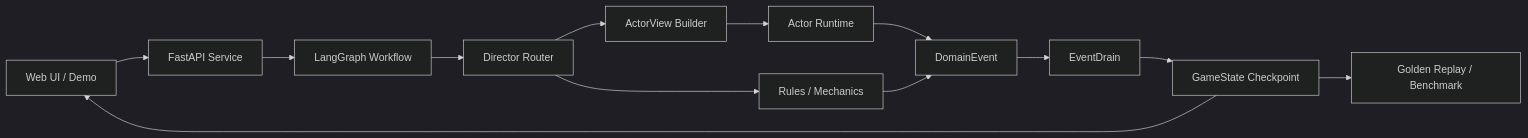
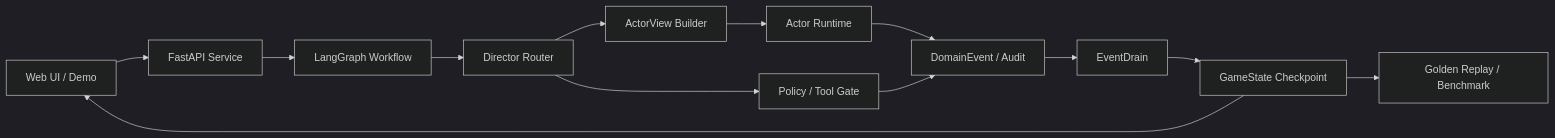
Before and after one commit to yukinorin775780/controlled-agent-runtime-ai-rd: the diagram in docs/case-study.md, drawn with Mermaid (dark theme). The commit also changed other lines of this file and 12 other files, not shown here.

````diff
--- a/docs/case-study.md
+++ b/docs/case-study.md
@@ -21,15 +21,15 @@
 ```mermaid
 flowchart LR
     UI["Web UI / Demo"] --> API["FastAPI Service"]
     API --> Graph["LangGraph Workflow"]
     Graph --> Router["Director Router"]
     Router --> View["ActorView Builder"]
-    Router --> Mechanics["Rules / Mechanics"]
+    Router --> Mechanics["Policy / Tool Gate"]
     View --> Actors["Actor Runtime"]
     Actors --> Events["DomainEvent"]
-    Mechanics --> Events
+    Mechanics --> Events["DomainEvent / Audit"]
     Events --> Drain["EventDrain"]
     Drain --> State["GameState Checkpoint"]
     State --> Eval["Golden Replay / Benchmark"]
     State --> UI
 ```
````
